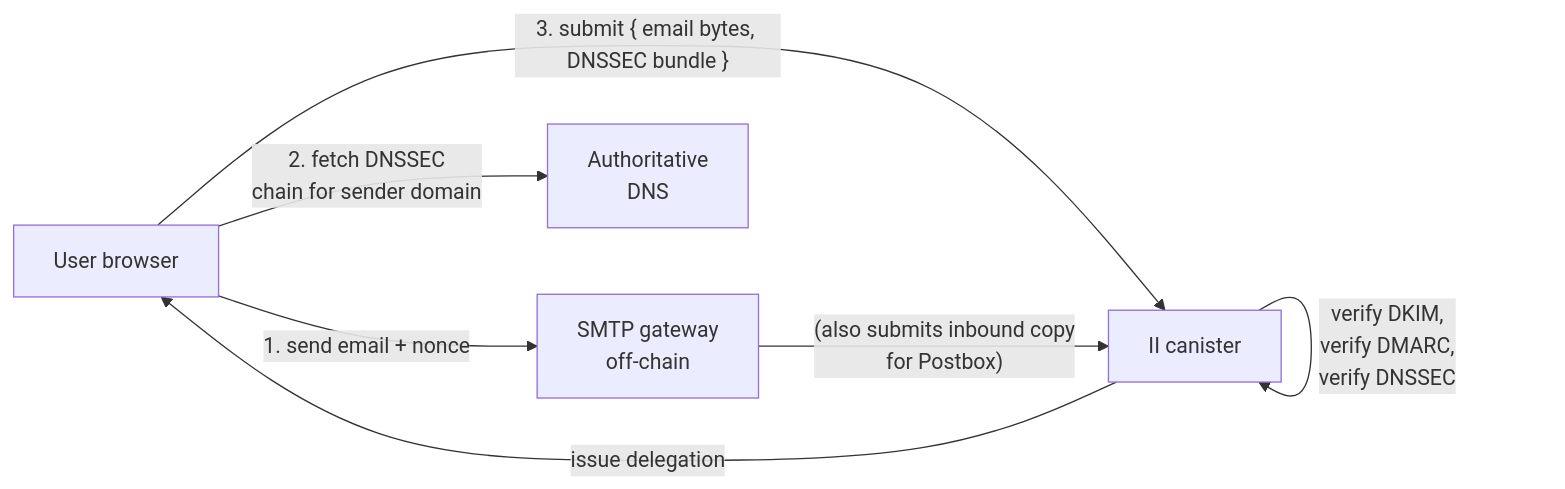
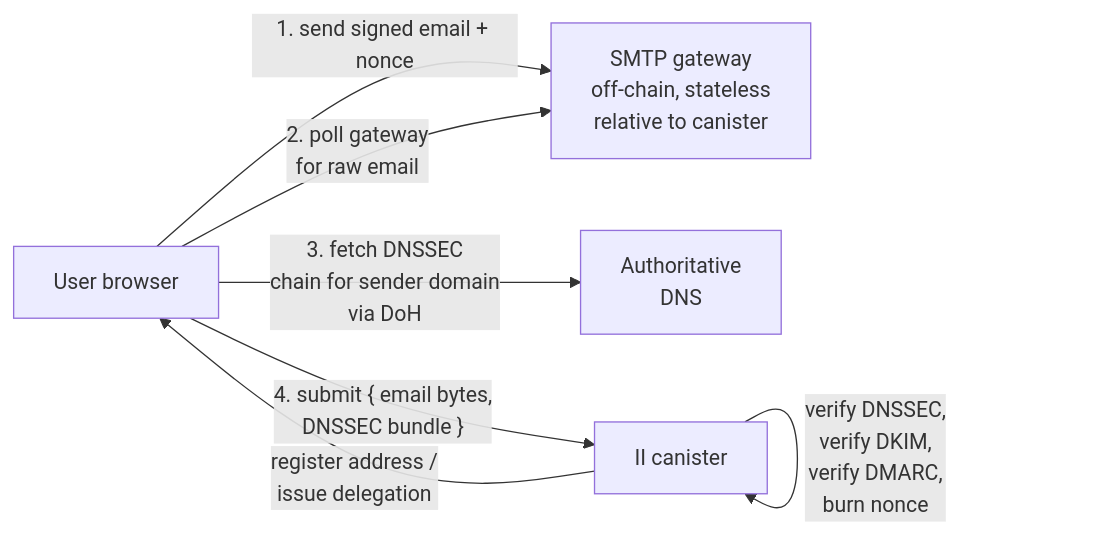
One commit to dfinity/internet-identity changed the first of 3 diagrams in docs/ongoing/email-recovery.md. Above: the diagram before and after it, drawn with Mermaid. The commit also changed other lines of this file, not shown here.

````diff
--- a/docs/ongoing/email-recovery.md
+++ b/docs/ongoing/email-recovery.md
@@ -104,9 +112,9 @@
 ```mermaid
 flowchart LR
-    User[User browser] -- "1. send email + nonce" --> MX[SMTP gateway<br/>off-chain]
-    User -- "2. fetch DNSSEC<br/>chain for sender domain" --> DNS[Authoritative<br/>DNS]
-    User -- "3. submit { email bytes, DNSSEC bundle }" --> II[II canister]
-    MX -- "(also submits inbound copy<br/>for Postbox)" --> II
-    II -- "verify DKIM,<br/>verify DMARC,<br/>verify DNSSEC" --> II
-    II -- "issue delegation" --> User
+    User[User browser] -- "1. send signed email + nonce" --> MX[SMTP gateway<br/>off-chain, stateless<br/>relative to canister]
+    User -- "2. poll gateway<br/>for raw email" --> MX
+    User -- "3. fetch DNSSEC<br/>chain for sender domain<br/>via DoH" --> DNS[Authoritative<br/>DNS]
+    User -- "4. submit { email bytes,<br/>DNSSEC bundle }" --> II[II canister]
+    II -- "verify DNSSEC,<br/>verify DKIM,<br/>verify DMARC,<br/>burn nonce" --> II
+    II -- "register address /<br/>issue delegation" --> User
 ```
````
